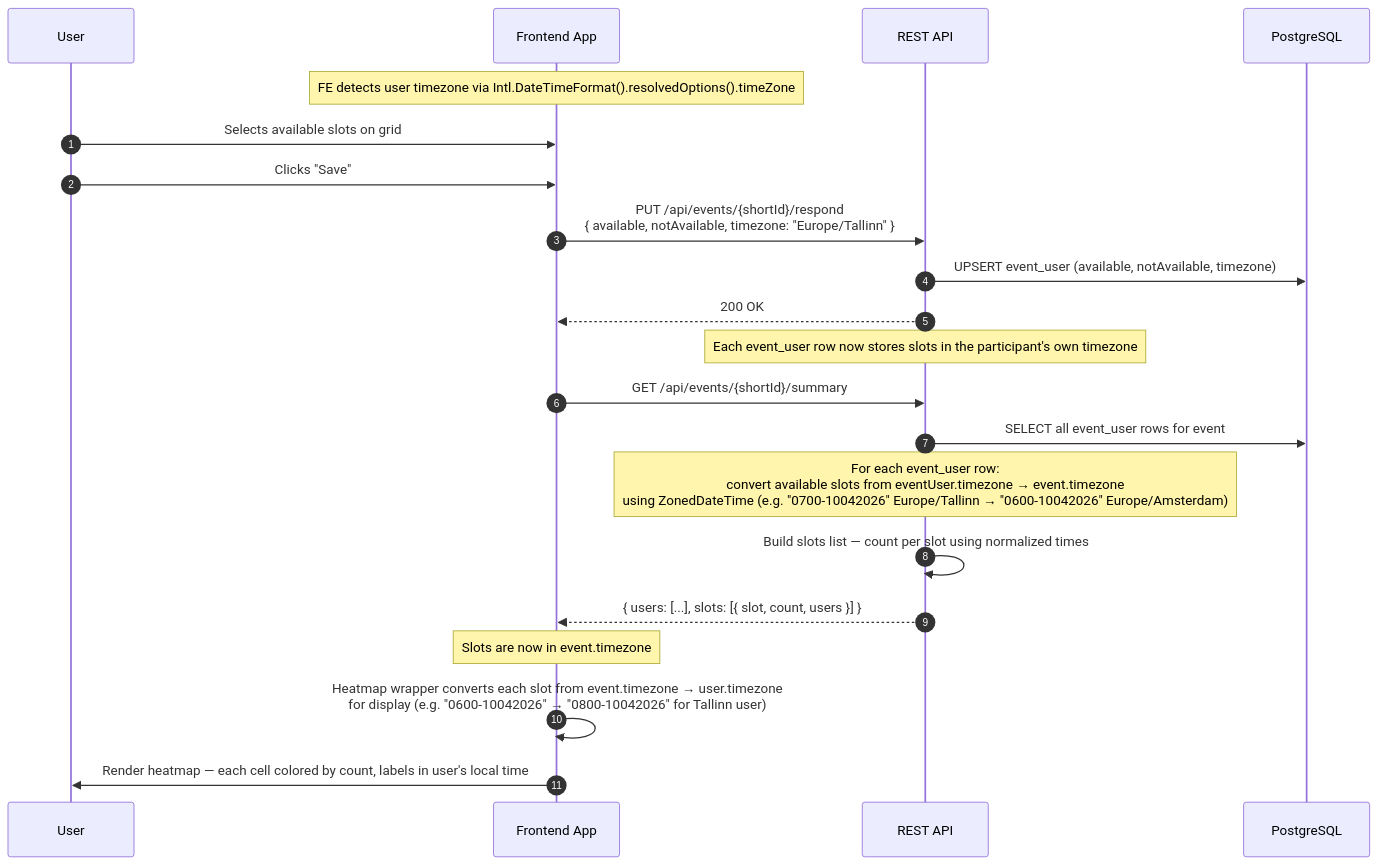
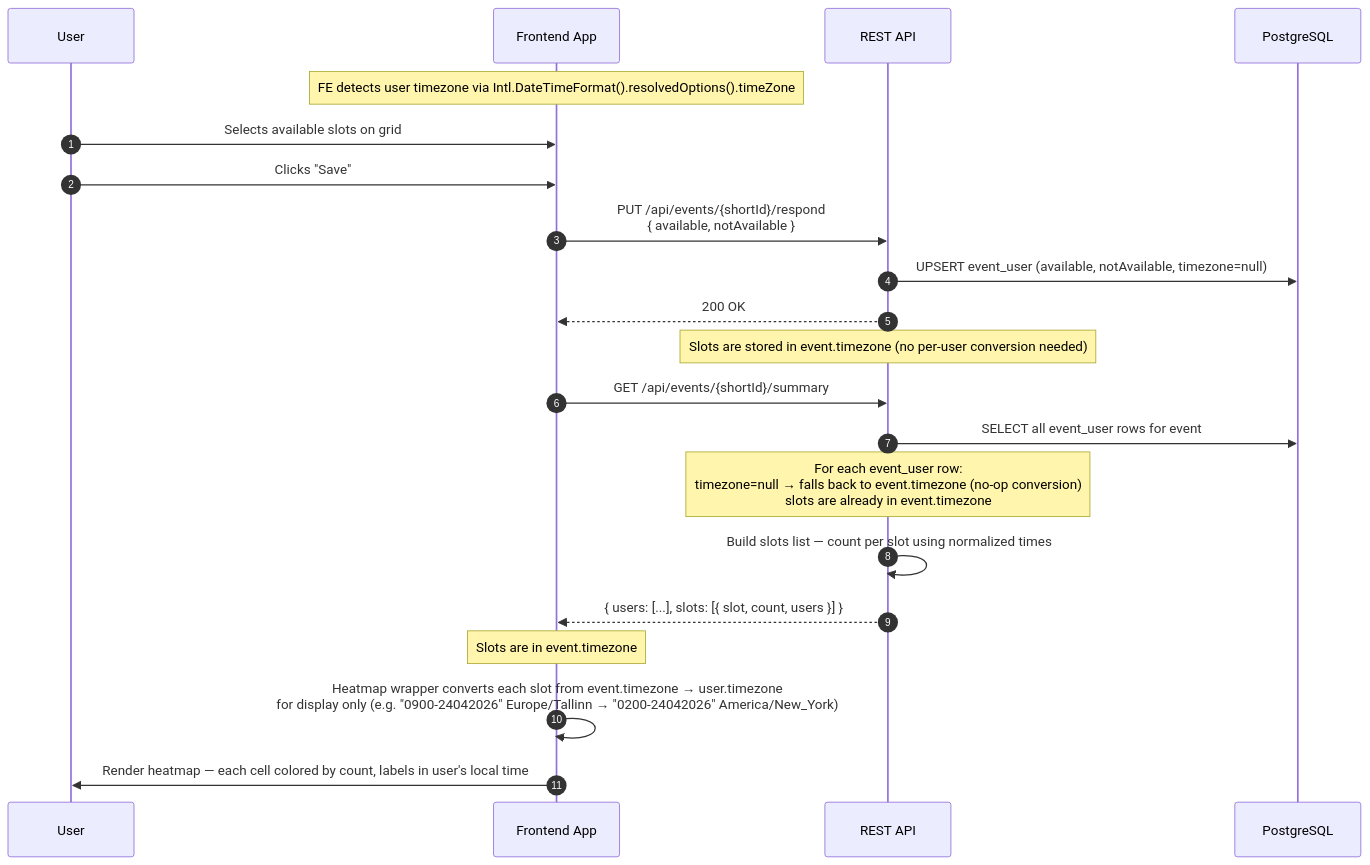
Before and after one commit to taltech-vanemarendajaks/team-25-gatherr: the third of 3 diagrams in SoW.md, drawn with Mermaid. The commit also changed other lines of this file and 6 other files, not shown here.

````diff
--- a/SoW.md
+++ b/SoW.md
@@ -328,32 +337,32 @@
 ```mermaid
 sequenceDiagram
 autonumber
 
 participant U  as User
 participant FE as Frontend App
 participant BE as REST API
 participant DB as PostgreSQL
 
 Note over FE: FE detects user timezone via Intl.DateTimeFormat().resolvedOptions().timeZone
 
 U->>FE: Selects available slots on grid
 U->>FE: Clicks "Save"
-FE->>BE: PUT /api/events/{shortId}/respond<br/>{ available, notAvailable, timezone: "Europe/Tallinn" }
-BE->>DB: UPSERT event_user (available, notAvailable, timezone)
+FE->>BE: PUT /api/events/{shortId}/respond<br/>{ available, notAvailable }
+BE->>DB: UPSERT event_user (available, notAvailable, timezone=null)
 BE-->>FE: 200 OK
 
-Note over BE: Each event_user row now stores slots in the participant's own timezone
+Note over BE: Slots are stored in event.timezone (no per-user conversion needed)
 
 FE->>BE: GET /api/events/{shortId}/summary
 BE->>DB: SELECT all event_user rows for event
 
-Note over BE: For each event_user row:<br/>convert available slots from eventUser.timezone → event.timezone<br/>using ZonedDateTime (e.g. "0700-10042026" Europe/Tallinn → "0600-10042026" Europe/Amsterdam)
+Note over BE: For each event_user row:<br/>timezone=null → falls back to event.timezone (no-op conversion)<br/>slots are already in event.timezone
 
 BE->>BE: Build slots list — count per slot using normalized times
 BE-->>FE: { users: [...], slots: [{ slot, count, users }] }
 
-Note over FE: Slots are now in event.timezone
+Note over FE: Slots are in event.timezone
 
-FE->>FE: Heatmap wrapper converts each slot from event.timezone → user.timezone<br/>for display (e.g. "0600-10042026" → "0800-10042026" for Tallinn user)
+FE->>FE: Heatmap wrapper converts each slot from event.timezone → user.timezone<br/>for display only (e.g. "0900-24042026" Europe/Tallinn → "0200-24042026" America/New_York)
 FE->>U: Render heatmap — each cell colored by count, labels in user's local time
 ```
````
